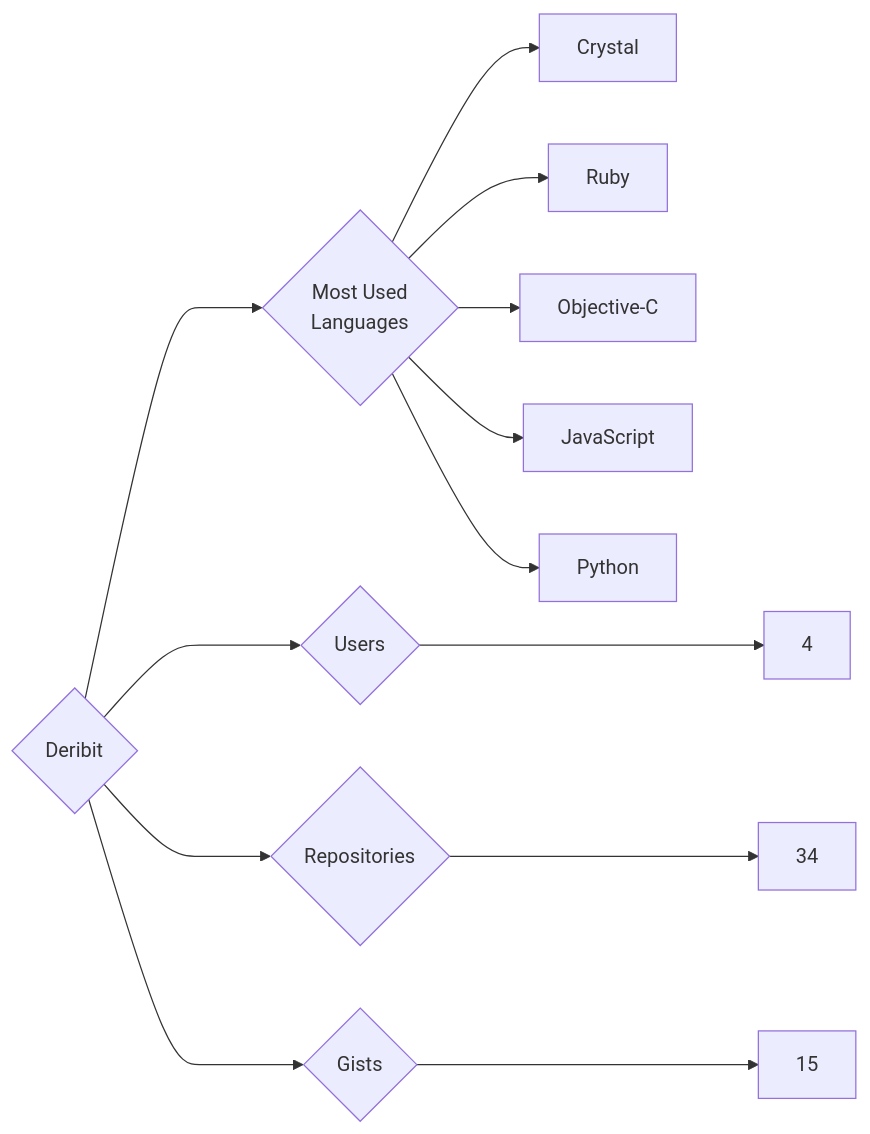
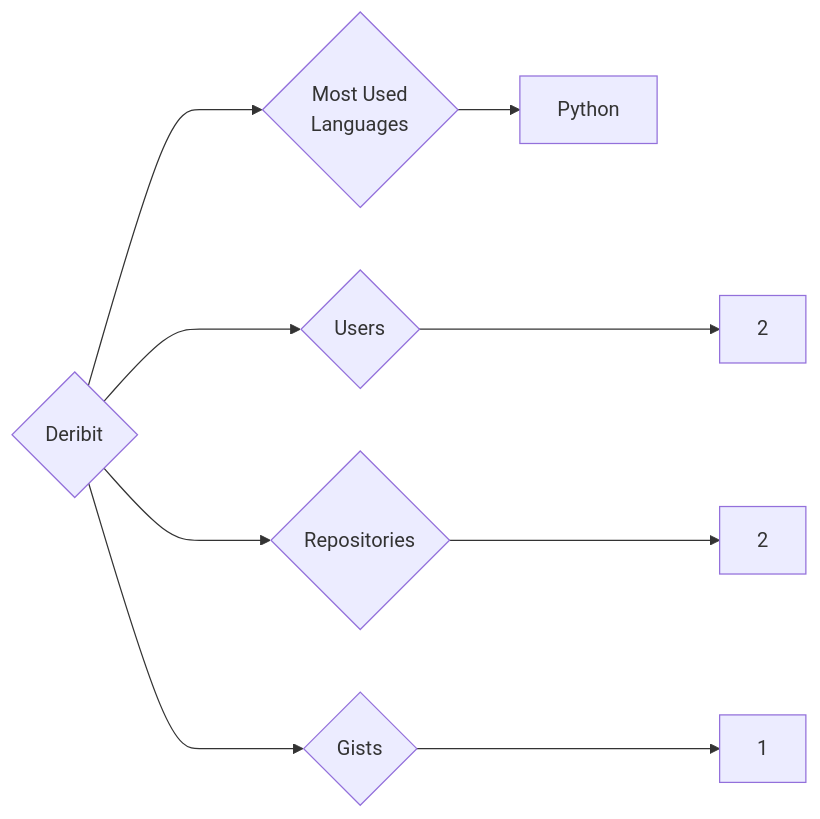
Before and after one commit to trickest/insiders: the diagram in targets/Deribit/README.md, drawn with Mermaid. The commit also changed 927 other files, not shown here.

````diff
--- a/targets/Deribit/README.md
+++ b/targets/Deribit/README.md
@@ -3,13 +3,9 @@
 ```mermaid
 graph LR
 COMPANY_NAME{Deribit}
-COMPANY_NAME ---> U{Users} ---> UN[4]
-COMPANY_NAME ---> R{Repositories} ---> RN[34]
-COMPANY_NAME ---> G{Gists} ---> GN[15]
+COMPANY_NAME ---> U{Users} ---> UN[2]
+COMPANY_NAME ---> R{Repositories} ---> RN[2]
+COMPANY_NAME ---> G{Gists} ---> GN[1]
 COMPANY_NAME ---> ML{Most Used<br>Languages}
-ML --> Crystal[Crystal]
-ML --> Ruby[Ruby]
-ML --> Objective-C[Objective-C]
-ML --> JavaScript[JavaScript]
 ML --> Python[Python]
 ```
````
